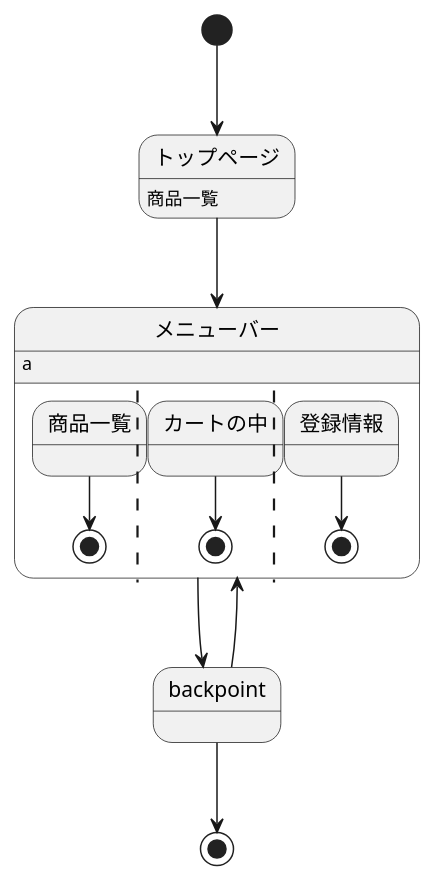
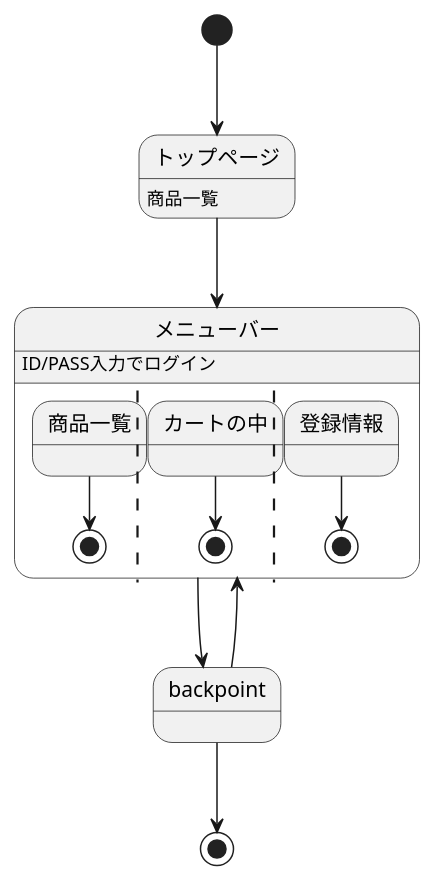
The diagram in sample/StateMachine.md (Aso2001385/2021sys-design), drawn with PlantUML before and after one commit.

````diff
--- a/sample/StateMachine.md
+++ b/sample/StateMachine.md
@@ -1,20 +1,20 @@
 ```uml
 @startuml
 
 [*] --> トップページ
 トップページ: 商品一覧
 トップページ --> メニューバー
 state メニューバー {
-メニューバー: a
+メニューバー: ID/PASS入力でログイン
  商品一覧 --> [*]
  ||
  カートの中 --> [*]
  ||
  登録情報 --> [*]
 }
 メニューバー --> backpoint
 backpoint --> メニューバー
 backpoint --> [*]
 
 @enduml
 ```
````
